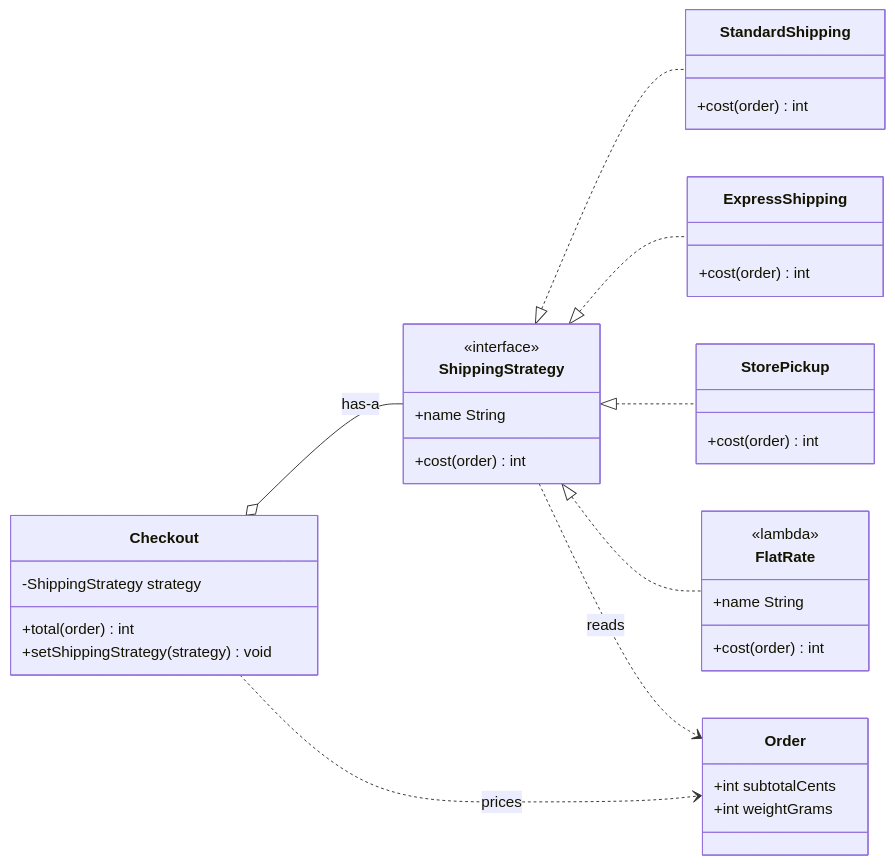
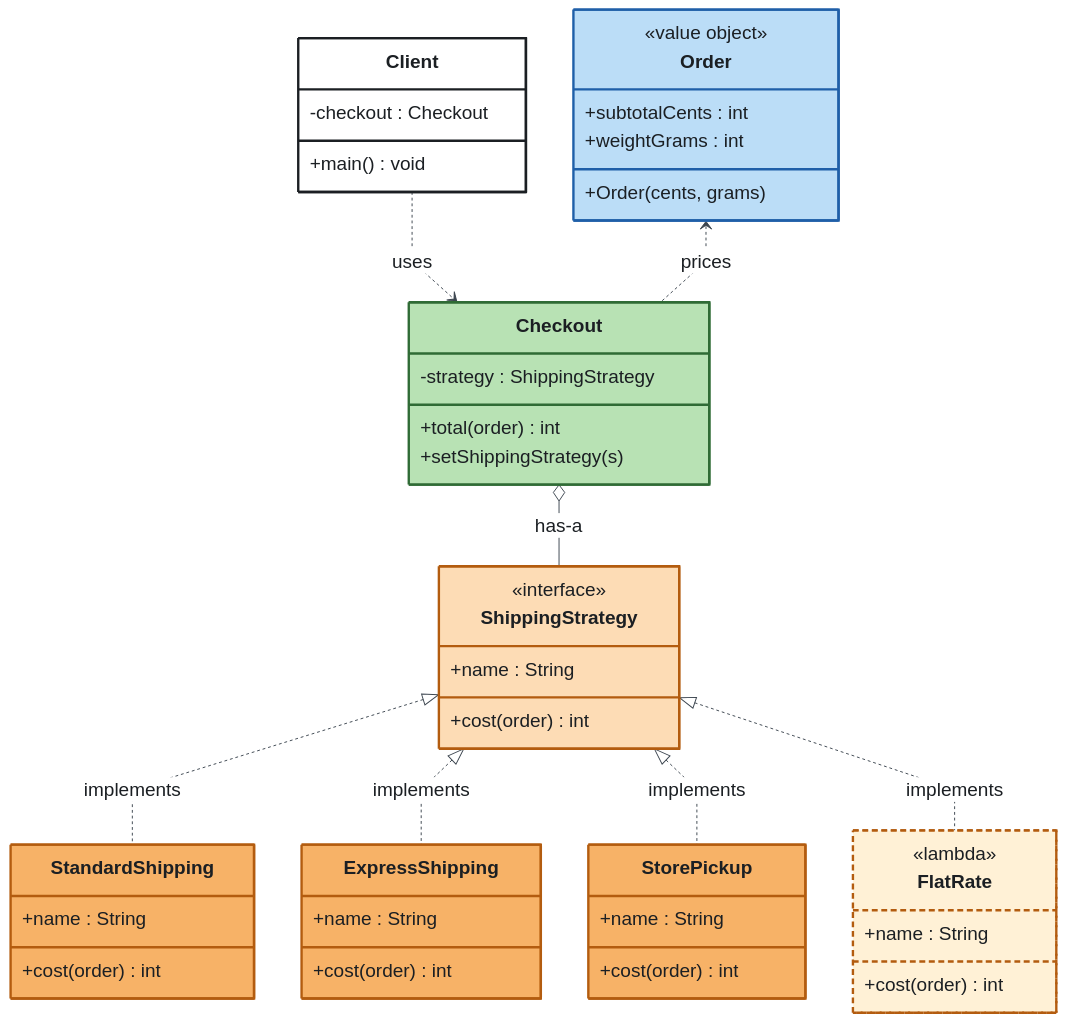
One commit to enok/design-pattern-strategy changed the diagram in docs/diagrams/checkout-class.mmd. Above: the diagram before and after it, drawn with Mermaid. The commit also changed 33 other files, not shown here.

First line of the commit message:
docs: restyle diagrams, add code-by-component page (#2)

```diff
--- a/docs/diagrams/checkout-class.mmd
+++ b/docs/diagrams/checkout-class.mmd
@@ -1,37 +1,55 @@
+%%{init: {"theme": "base", "themeVariables": {"fontFamily": "Arial, Helvetica, sans-serif", "fontSize": "20px", "background": "#FFFFFF", "primaryColor": "#FFFFFF", "primaryBorderColor": "#1B1F23", "primaryTextColor": "#1B1F23", "secondaryColor": "#FDDCB5", "tertiaryColor": "#F5F7FA", "lineColor": "#3D4650", "textColor": "#1B1F23", "mainBkg": "#FFFFFF", "nodeBorder": "#1B1F23", "clusterBkg": "#F5F7FA", "clusterBorder": "#9AA5B1", "edgeLabelBackground": "#FFFFFF", "noteBkgColor": "#FFF6D6", "noteBorderColor": "#B8860B", "noteTextColor": "#1B1F23", "actorBkg": "#B8E2B4", "actorBorder": "#2F6B35", "actorTextColor": "#1B1F23", "actorLineColor": "#7A8794", "signalColor": "#3D4650", "signalTextColor": "#1B1F23", "labelBoxBkgColor": "#F5F7FA", "labelBoxBorderColor": "#7A8794", "labelTextColor": "#1B1F23", "loopTextColor": "#1B1F23", "activationBkgColor": "#DDEFDB", "activationBorderColor": "#2F6B35", "sequenceNumberColor": "#FFFFFF", "classText": "#1B1F23"}, "flowchart": {"curve": "linear", "nodeSpacing": 50, "rankSpacing": 60, "padding": 16, "htmlLabels": false}, "sequence": {"actorMargin": 50, "messageMargin": 38, "boxMargin": 10, "noteMargin": 10, "mirrorActors": false, "useMaxWidth": false}, "class": {"padding": 12, "htmlLabels": false}, "fontFamily": "Arial, Helvetica, sans-serif"}}%%
 classDiagram
-    direction LR
-    class Order {
-        +int subtotalCents
-        +int weightGrams
+    direction TB
+    class Client {
+        -checkout : Checkout
+        +main() void
     }
     class Checkout {
-        -ShippingStrategy strategy
+        -strategy : ShippingStrategy
         +total(order) int
-        +setShippingStrategy(strategy) void
+        +setShippingStrategy(s)
+    }
+    class Order {
+        <<value object>>
+        +subtotalCents : int
+        +weightGrams : int
+        +Order(cents, grams)
     }
     class ShippingStrategy {
         <<interface>>
-        +name String
+        +name : String
         +cost(order) int
     }
     class StandardShipping {
+        +name : String
         +cost(order) int
     }
     class ExpressShipping {
+        +name : String
         +cost(order) int
     }
     class StorePickup {
+        +name : String
         +cost(order) int
     }
     class FlatRate {
         <<lambda>>
-        +name String
+        +name : String
         +cost(order) int
     }
+    Client ..> Checkout : uses
+    Order <.. Checkout : prices
     Checkout o-- ShippingStrategy : has-a
-    ShippingStrategy <|.. StandardShipping
-    ShippingStrategy <|.. ExpressShipping
-    ShippingStrategy <|.. StorePickup
-    ShippingStrategy <|.. FlatRate
-    Checkout ..> Order : prices
-    ShippingStrategy ..> Order : reads
+    ShippingStrategy <|.. StandardShipping : implements
+    ShippingStrategy <|.. ExpressShipping : implements
+    ShippingStrategy <|.. StorePickup : implements
+    ShippingStrategy <|.. FlatRate : implements
+    style Client fill:#FFFFFF,stroke:#1B1F23,stroke-width:2.5px
+    style Checkout fill:#B8E2B4,stroke:#2F6B35,stroke-width:2.5px
+    style Order fill:#BBDDF7,stroke:#1F5FA8,stroke-width:2.5px
+    style ShippingStrategy fill:#FDDCB5,stroke:#B35C0F,stroke-width:2.5px
+    style StandardShipping fill:#F7B267,stroke:#B35C0F,stroke-width:2.5px
+    style ExpressShipping fill:#F7B267,stroke:#B35C0F,stroke-width:2.5px
+    style StorePickup fill:#F7B267,stroke:#B35C0F,stroke-width:2.5px
+    style FlatRate fill:#FFF1D6,stroke:#B35C0F,stroke-width:2.5px,stroke-dasharray:6 4
```
